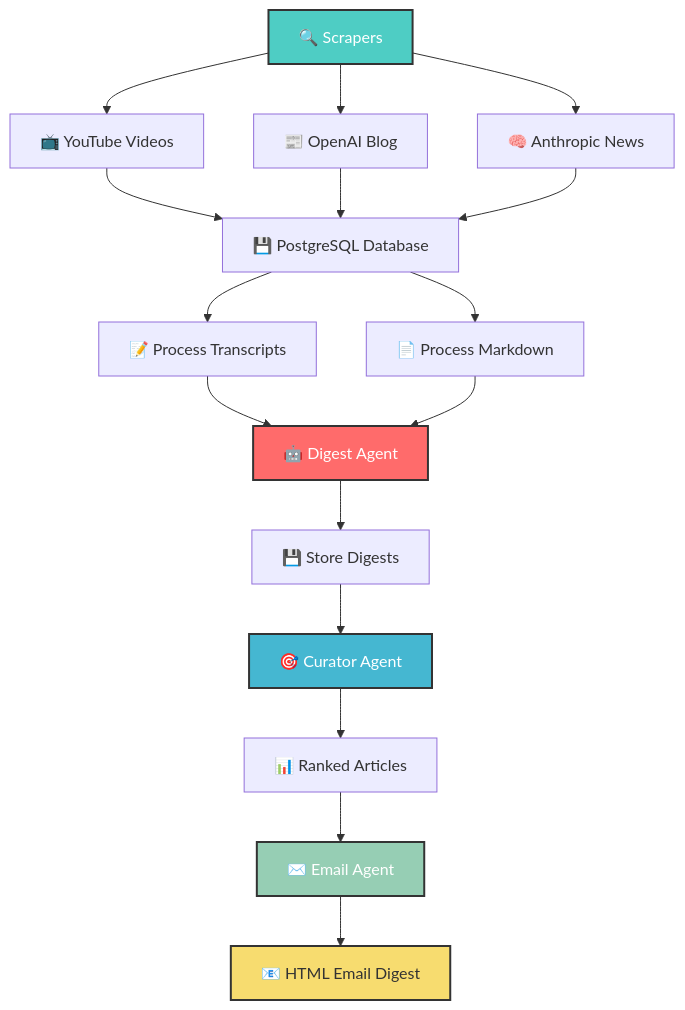
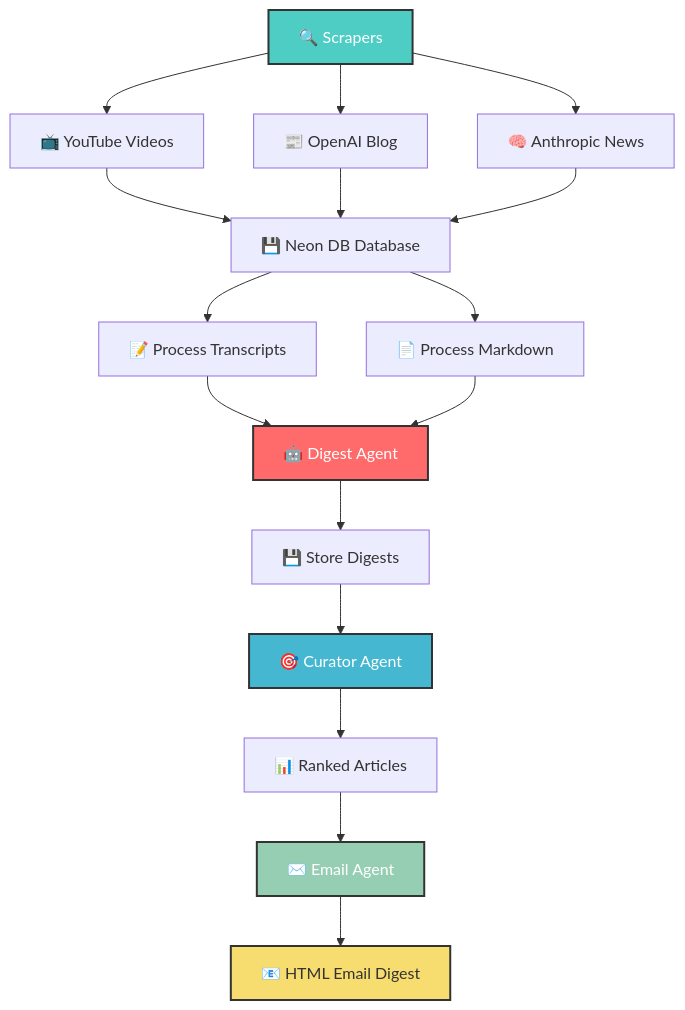
The diagram in README.md (shahbhavya7/AI_News_Aggregator), drawn with Mermaid before and after one commit. The commit also changed other lines of this file, not shown here.

````diff
--- a/README.md
+++ b/README.md
@@ -71,32 +71,32 @@
 ```mermaid
 graph TD
     A[🔍 Scrapers] --> B[📺 YouTube Videos]
     A --> C[📰 OpenAI Blog]
     A --> D[🧠 Anthropic News]
     
-    B --> E[💾 PostgreSQL Database]
+    B --> E[💾 Neon DB Database]
     C --> E
     D --> E
     
     E --> F[📝 Process Transcripts]
     E --> G[📄 Process Markdown]
     
     F --> H[🤖 Digest Agent]
     G --> H
     
     H --> I[💾 Store Digests]
     
     I --> J[🎯 Curator Agent]
     
     J --> K[📊 Ranked Articles]
     
     K --> L[✉️ Email Agent]
     
     L --> M[📧 HTML Email Digest]
     
     style A fill:#4ECDC4,stroke:#333,stroke-width:2px,color:#fff
     style H fill:#FF6B6B,stroke:#333,stroke-width:2px,color:#fff
     style J fill:#45B7D1,stroke:#333,stroke-width:2px,color:#fff
     style L fill:#96CEB4,stroke:#333,stroke-width:2px,color:#fff
     style M fill:#F7DC6F,stroke:#333,stroke-width:2px,color:#333
 ```
````
